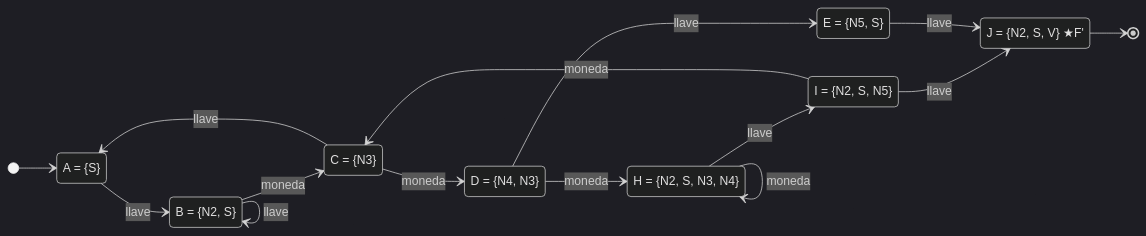
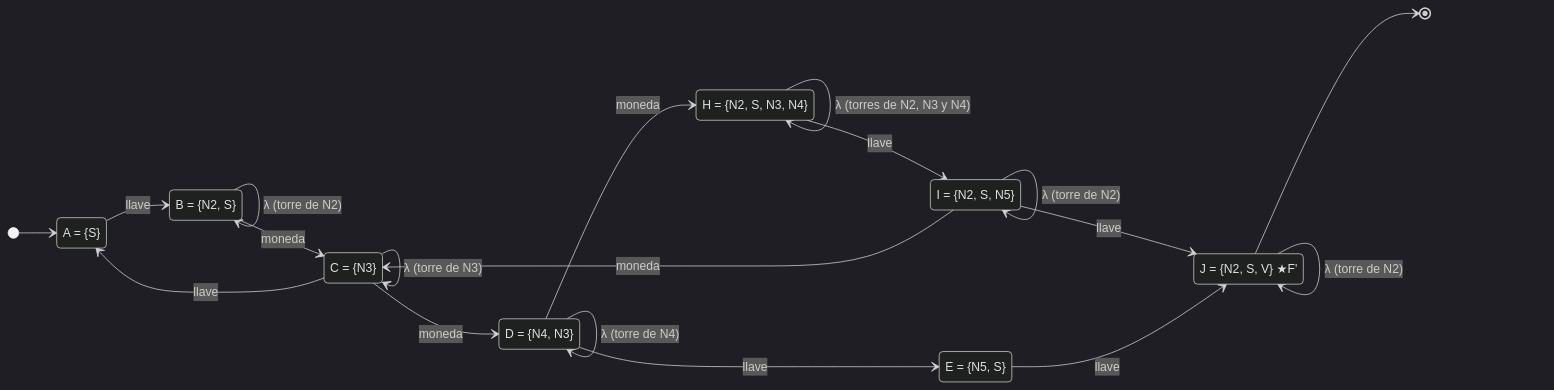
Before and after one commit to JP-Danix/Proyecto_lenguajes: the seventh of 7 diagrams in README.md, drawn with Mermaid (dark theme). The commit also changed other lines of this file and 1 other file, not shown here.

Commit message:
Transiciones lambda visibles en el diagrama del AFD y regreso por el spawn correcto
- README: el diagrama del AFD (8 estados) ahora dibuja las flechas lambda como self-loops de recordatorio en los estados que llevan torre (B, C, D, H, I, J); la nota aclara que formalmente delta' no tiene transiciones lambda
- MapManager.prefab: la fila delta(Nivel3, llave) -> SampleScene entra por el spawn regreso (el SpawnPoint detras de la casa de entrada), en vez de reaparecer en la entrada

````diff
--- a/README.md
+++ b/README.md
@@ -862,28 +862,35 @@
 ```mermaid
 stateDiagram-v2
     direction LR
 
     state "A = {S}" as A
     state "B = {N2, S}" as B
     state "C = {N3}" as C
     state "D = {N4, N3}" as D
     state "E = {N5, S}" as E
     state "H = {N2, S, N3, N4}" as H
     state "I = {N2, S, N5}" as I
     state "J = {N2, S, V} ★F'" as J
 
     [*] --> A
     A --> B : llave
     B --> B : llave
     B --> C : moneda
     C --> A : llave
     C --> D : moneda
     D --> E : llave
     D --> H : moneda
     H --> I : llave
     H --> H : moneda
     I --> J : llave
     I --> C : moneda
     E --> J : llave
     J --> [*]
+
+    B --> B : λ (torre de N2)
+    C --> C : λ (torre de N3)
+    D --> D : λ (torre de N4)
+    H --> H : λ (torres de N2, N3 y N4)
+    I --> I : λ (torre de N2)
+    J --> J : λ (torre de N2)
 ```
````
